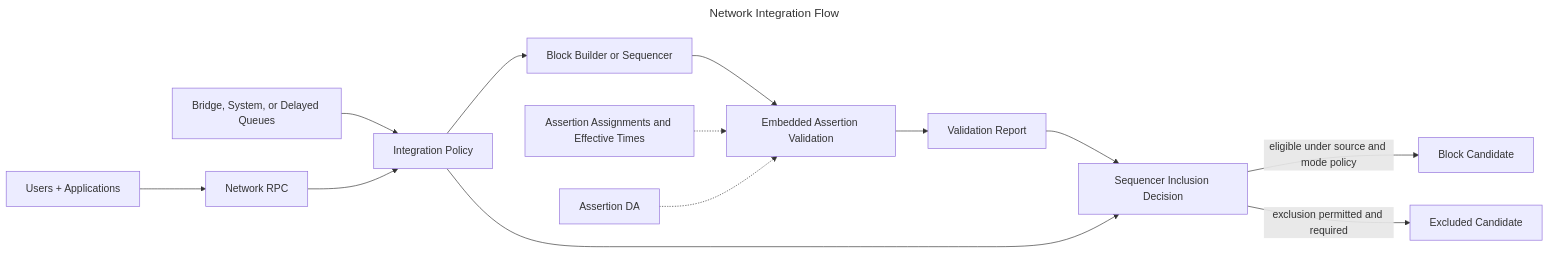
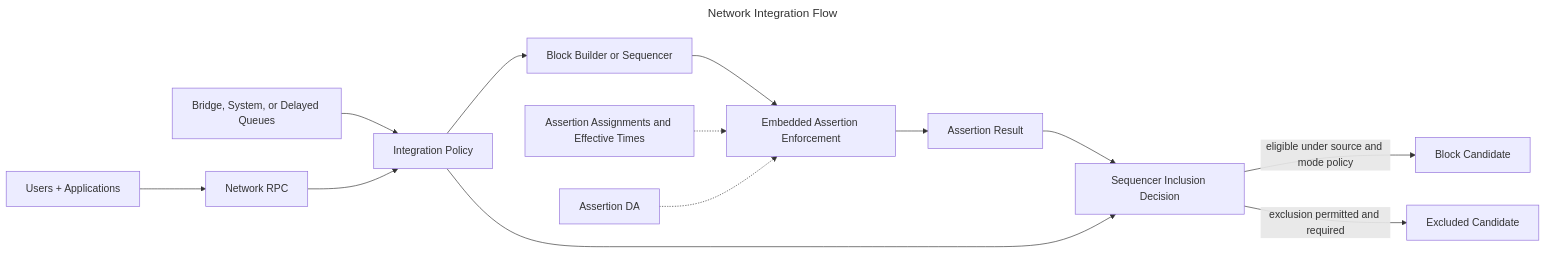
One commit to phylaxsystems/phylax-docs changed the diagram in credible/l2-integrations/network-integration.mdx. Above: the diagram before and after it, drawn with Mermaid. The commit also changed other lines of this file and 81 other files, not shown here.

````diff
--- a/credible/l2-integrations/network-integration.mdx
+++ b/credible/l2-integrations/network-integration.mdx
@@ -18,18 +18,18 @@
 ```mermaid
 ---
 title: Network Integration Flow
 ---
 flowchart LR
   Users[Users + Applications] --> RPC[Network RPC]
   System[Bridge, System, or Delayed Queues] --> Policy[Integration Policy]
   RPC --> Policy
   Policy --> Builder[Block Builder or Sequencer]
-  Builder --> Enforcer[Embedded Assertion Validation]
-  Enforcer --> Report[Validation Report]
+  Builder --> Enforcer[Embedded Assertion Enforcement]
+  Enforcer --> Report[Assertion Result]
   Report --> Decision[Sequencer Inclusion Decision]
   Policy --> Decision
   Decision -->|eligible under source and mode policy| Block[Block Candidate]
   Decision -->|exclusion permitted and required| Drop[Excluded Candidate]
   State[Assertion Assignments and Effective Times] -.-> Enforcer
   DA[Assertion DA] -.-> Enforcer
 ```
````
